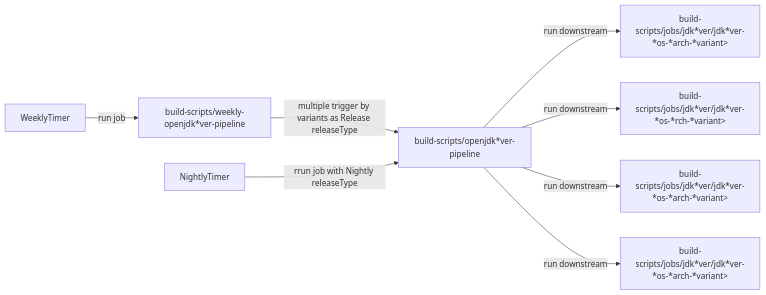
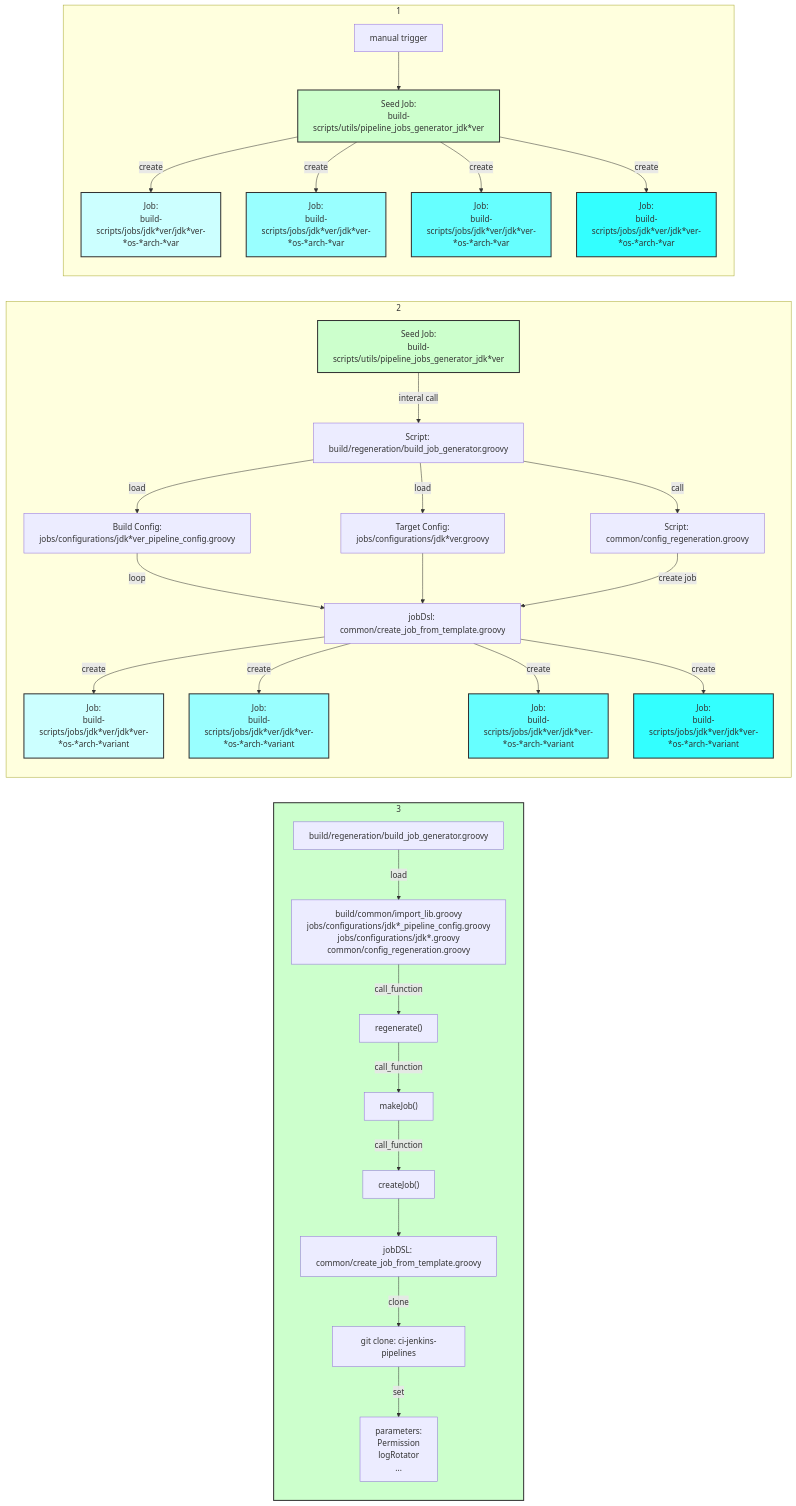
Before and after one commit to adoptium/ci-jenkins-pipelines: the third of 9 diagrams in docs/diagram.md, drawn with Mermaid. The commit also changed other lines of this file, not shown here.

Commit message:
docs: add color to make user easy to follow

````diff
--- a/docs/diagram.md
+++ b/docs/diagram.md
@@ -50,11 +63,49 @@
 ```mermaid
-flowchart  LR  
-WeeklyTimer --run job--> PipelineW[build-scripts/weekly-openjdk*ver-pipeline]
-PipelineW --multiple trigger by variants as Release releaseType--> PipelineN[build-scripts/openjdk*ver-pipeline]
-NightlyTimer --rrun job with Nightly releaseType--> PipelineN
 
-PipelineN --run downstream--> DS1[build-scripts/jobs/jdk*ver/jdk*ver-*os-*arch-*variant>]
-PipelineN --run downstream--> DS2[build-scripts/jobs/jdk*ver/jdk*ver-*os-*rch-*variant>]
-PipelineN --run downstream --> DS3[build-scripts/jobs/jdk*ver/jdk*ver-*os-*arch-*variant>]
-PipelineN --run downstream --> DS12[build-scripts/jobs/jdk*ver/jdk*ver-*os-*arch-*variant>]
+flowchart LR
+
+subgraph 1
+
+Trigger2[manual trigger] --> Seed["Seed Job:\nbuild-scripts/utils/pipeline_jobs_generator_jdk*ver"]
+
+Seed --create--> Downstream1["Job:\nbuild-scripts/jobs/jdk*ver/jdk*ver-*os-*arch-*var"]
+Seed --create--> Downstream2["Job:\nbuild-scripts/jobs/jdk*ver/jdk*ver-*os-*arch-*var"]
+Seed --create--> Downstream3["Job:\nbuild-scripts/jobs/jdk*ver/jdk*ver-*os-*arch-*var"]
+Seed --create--> Downstream4["Job:\nbuild-scripts/jobs/jdk*ver/jdk*ver-*os-*arch-*var"]
+
+end
+
+subgraph 2
+
+Seed2["Seed Job:\nbuild-scripts/utils/pipeline_jobs_generator_jdk*ver"] --"interal call"-->
+
+Call2[Script: build/regeneration/build_job_generator.groovy]
+Call2 --load--> Load1["Build Config:\njobs/configurations/jdk*ver_pipeline_config.groovy"] --loop--> DSL["jobDsl: common/create_job_from_template.groovy"]
+Call2 --load--> Load2["Target Config:\njobs/configurations/jdk*ver.groovy"] --> DSL
+Call2 --call--> Load3["Script: common/config_regeneration.groovy"] --"create job"--> DSL
+DSL --create--> DS1["Job:\nbuild-scripts/jobs/jdk*ver/jdk*ver-*os-*arch-*variant"]
+DSL --create--> DS2["Job:\nbuild-scripts/jobs/jdk*ver/jdk*ver-*os-*arch-*variant"]
+DSL --create--> DS3["Job:\nbuild-scripts/jobs/jdk*ver/jdk*ver-*os-*arch-*variant"]
+DSL --create--> DS12["Job:\nbuild-scripts/jobs/jdk*ver/jdk*ver-*os-*arch-*variant"]
+
+end
+
+subgraph 3
+
+build/regeneration/build_job_generator.groovy --load-->
+files["build/common/import_lib.groovy\njobs/configurations/jdk*_pipeline_config.groovy\njobs/configurations/jdk*.groovy\ncommon/config_regeneration.groovy"] --call_function--> f1["regenerate()"] --call_function--> f2["makeJob()"] --call_function--> f3["createJob()"] --> DSL2[jobDSL: common/create_job_from_template.groovy] --clone--> scm["git clone: ci-jenkins-pipelines"] --set--> properties["parameters:\nPermission\nlogRotator\n..."]
+
+end
+
+classDef green fill:#CCFFCC,stroke:#333,stroke-width:2px
+classDef c1 fill:#ccffff,stroke:#333,stroke-width:2px
+classDef c2 fill:#99ffff,stroke:#333,stroke-width:2px
+classDef c3 fill:#66ffff,stroke:#333,stroke-width:2px
+classDef c12 fill:#33ffff,stroke:#333,stroke-width:2px
+class Seed2,Seed,3 green
+class DS1,Downstream1 c1
+class DS2,Downstream2 c2
+class DS3,Downstream3 c3
+class DS12,Downstream4 c12
+
 ```
````
